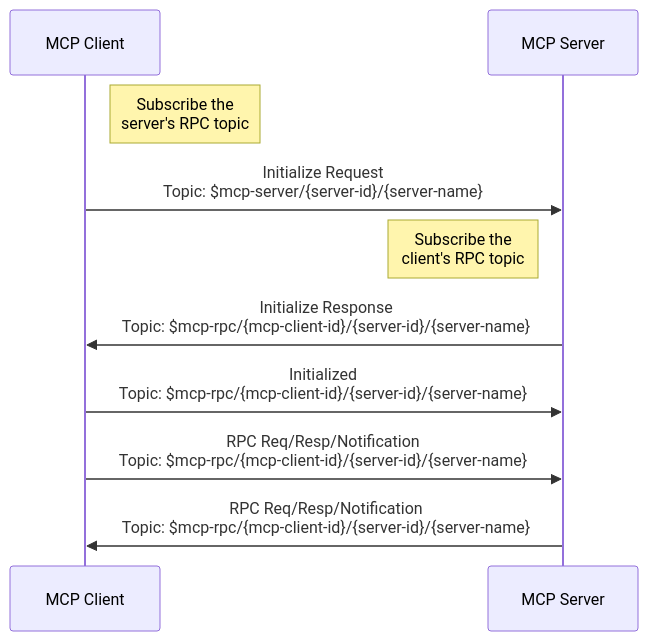
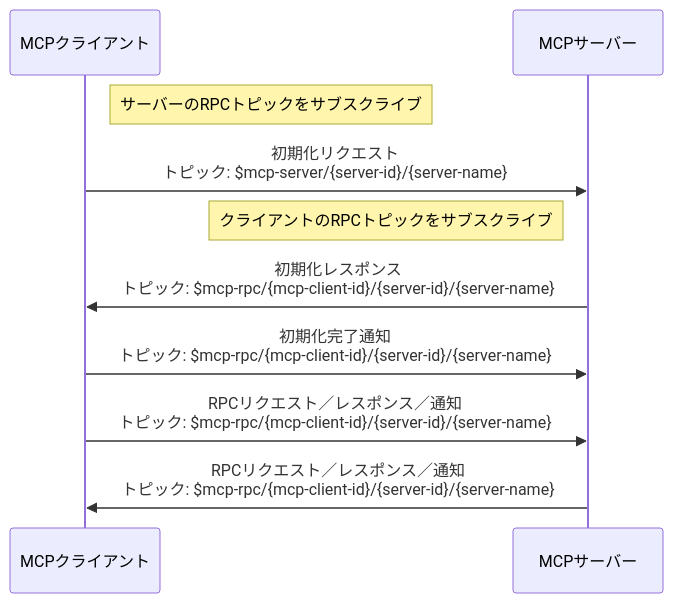
Before and after one commit to emqx/emqx-docs: the second of 4 diagrams in ja_JP/emqx-ai/mcp-over-mqtt/specification.md, drawn with Mermaid. The commit also changed other lines of this file and 403 other files, not shown here.

````diff
--- a/ja_JP/emqx-ai/mcp-over-mqtt/specification.md
+++ b/ja_JP/emqx-ai/mcp-over-mqtt/specification.md
@@ -241,13 +240,13 @@
 ```mermaid
 sequenceDiagram
-  participant MCP_Client as MCP Client
-  participant MCP_Server as MCP Server
+  participant MCP_Client as MCPクライアント
+  participant MCP_Server as MCPサーバー
 
-  Note right of MCP_Client: Subscribe the<br/>server's RPC topic
-  MCP_Client ->> MCP_Server: Initialize Request<br/>Topic: $mcp-server/{server-id}/{server-name}
-  Note left of MCP_Server: Subscribe the<br/>client's RPC topic
-  MCP_Server ->> MCP_Client: Initialize Response<br/>Topic: $mcp-rpc/{mcp-client-id}/{server-id}/{server-name}
-  MCP_Client ->> MCP_Server: Initialized<br/>Topic: $mcp-rpc/{mcp-client-id}/{server-id}/{server-name}
-  MCP_Client ->> MCP_Server: RPC Req/Resp/Notification<br/>Topic: $mcp-rpc/{mcp-client-id}/{server-id}/{server-name}
-  MCP_Server ->> MCP_Client: RPC Req/Resp/Notification<br/>Topic: $mcp-rpc/{mcp-client-id}/{server-id}/{server-name}
+  Note right of MCP_Client: サーバーのRPCトピックをサブスクライブ
+  MCP_Client ->> MCP_Server: 初期化リクエスト<br/>トピック: $mcp-server/{server-id}/{server-name}
+  Note left of MCP_Server: クライアントのRPCトピックをサブスクライブ
+  MCP_Server ->> MCP_Client: 初期化レスポンス<br/>トピック: $mcp-rpc/{mcp-client-id}/{server-id}/{server-name}
+  MCP_Client ->> MCP_Server: 初期化完了通知<br/>トピック: $mcp-rpc/{mcp-client-id}/{server-id}/{server-name}
+  MCP_Client ->> MCP_Server: RPCリクエスト／レスポンス／通知<br/>トピック: $mcp-rpc/{mcp-client-id}/{server-id}/{server-name}
+  MCP_Server ->> MCP_Client: RPCリクエスト／レスポンス／通知<br/>トピック: $mcp-rpc/{mcp-client-id}/{server-id}/{server-name}
 ```
````
